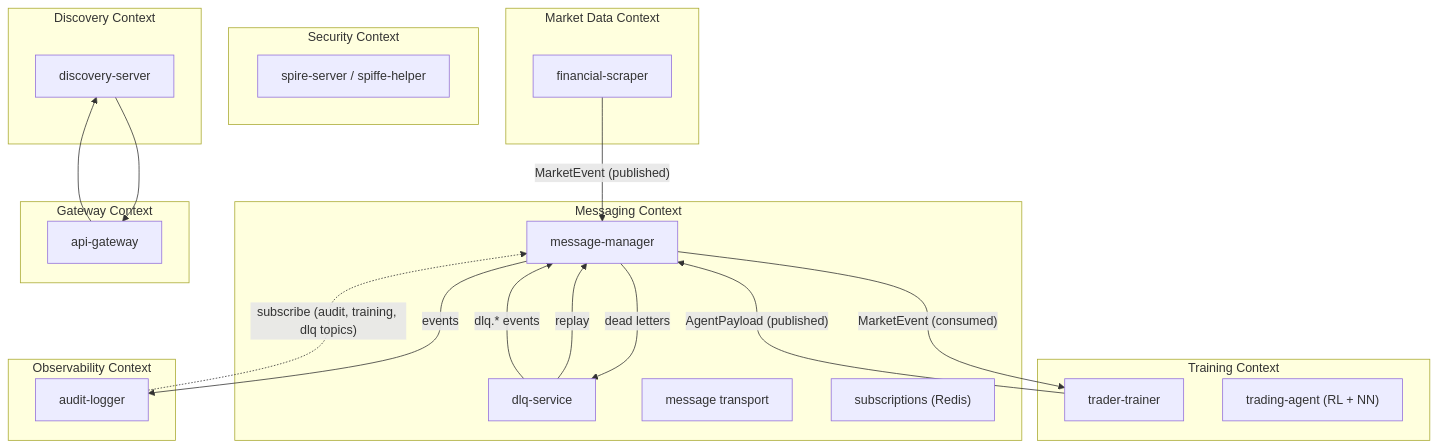
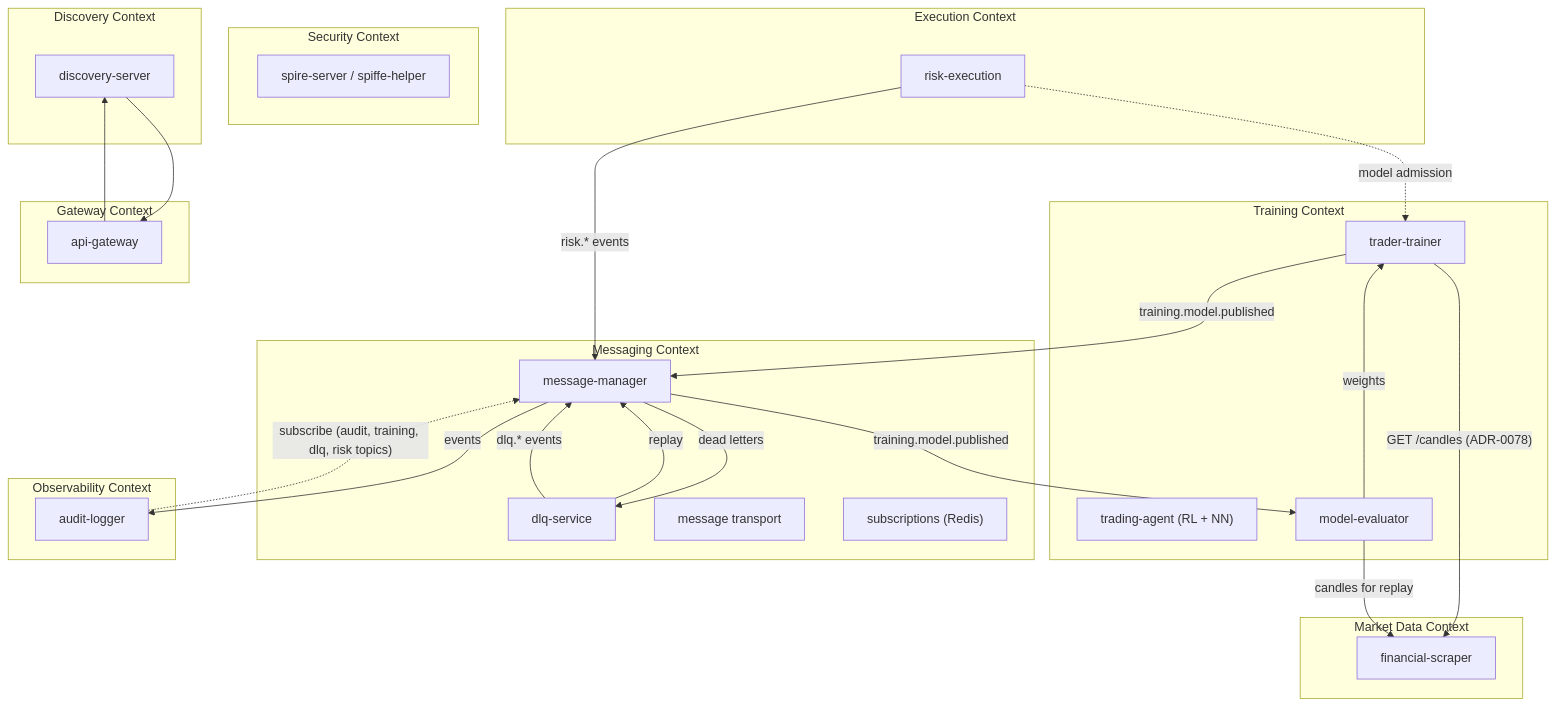
The diagram in docs/architecture/bounded-contexts.md (docteur-turboss/trading-model), drawn with Mermaid before and after one commit. The commit also changed other lines of this file and 668 other files, not shown here.

````diff
--- a/docs/architecture/bounded-contexts.md
+++ b/docs/architecture/bounded-contexts.md
@@ -7,39 +7,47 @@
 ```mermaid
 graph TD
     subgraph "Market Data Context"
         FS["financial-scraper"]
     end
     subgraph "Training Context"
         TT["trader-trainer"]
         TS["trading-agent (RL + NN)"]
+        ME["model-evaluator"]
     end
     subgraph "Messaging Context"
         MM["message-manager"]
         DLQ["dlq-service"]
         MT["message transport"]
         SUB["subscriptions (Redis)"]
     end
     subgraph "Security Context"
         SP["spire-server / spiffe-helper"]
     end
     subgraph "Discovery Context"
         DS["discovery-server"]
     end
     subgraph "Observability Context"
         AL["audit-logger"]
     end
     subgraph "Gateway Context"
         GW["api-gateway"]
     end
+    subgraph "Execution Context"
+        RE["risk-execution"]
+    end
 
-    FS -->|"MarketEvent (published)"| MM
-    MM -->|"MarketEvent (consumed)"| TT
-    TT -->|"AgentPayload (published)"| MM
+    TT -->|"training.model.published"| MM
+    TT -->|"GET /candles (ADR-0078)"| FS
+    MM -->|"training.model.published"| ME
+    ME -->|"weights"| TT
+    ME -->|"candles for replay"| FS
     MM -->|"events"| AL
-    AL -.->|"subscribe (audit, training, dlq topics)"| MM
+    AL -.->|"subscribe (audit, training, dlq, risk topics)"| MM
     MM -->|"dead letters"| DLQ
     DLQ -->|"replay"| MM
     DLQ -->|"dlq.* events"| MM
     DS --> GW
+    RE -->|"risk.* events"| MM
+    RE -.->|"model admission"| TT
     GW --> DS
 ```
````
